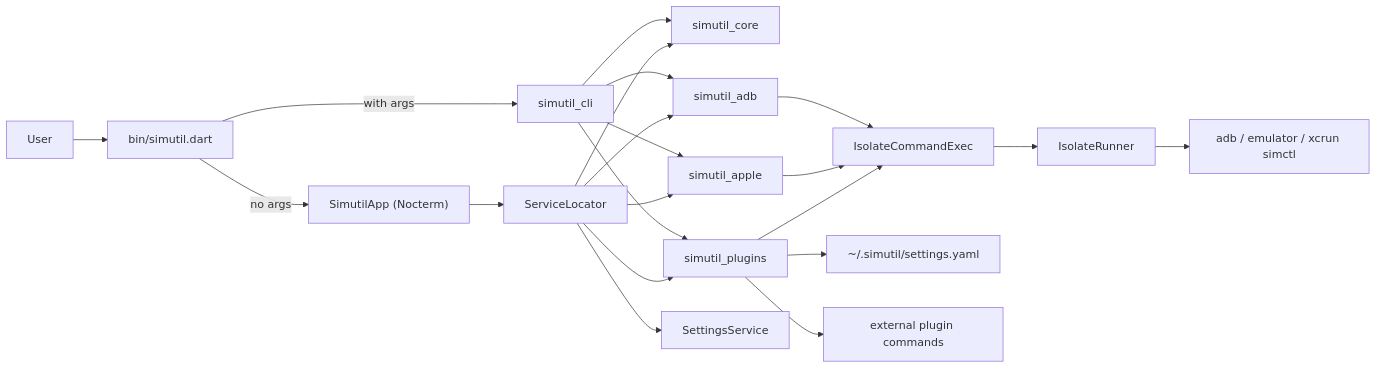
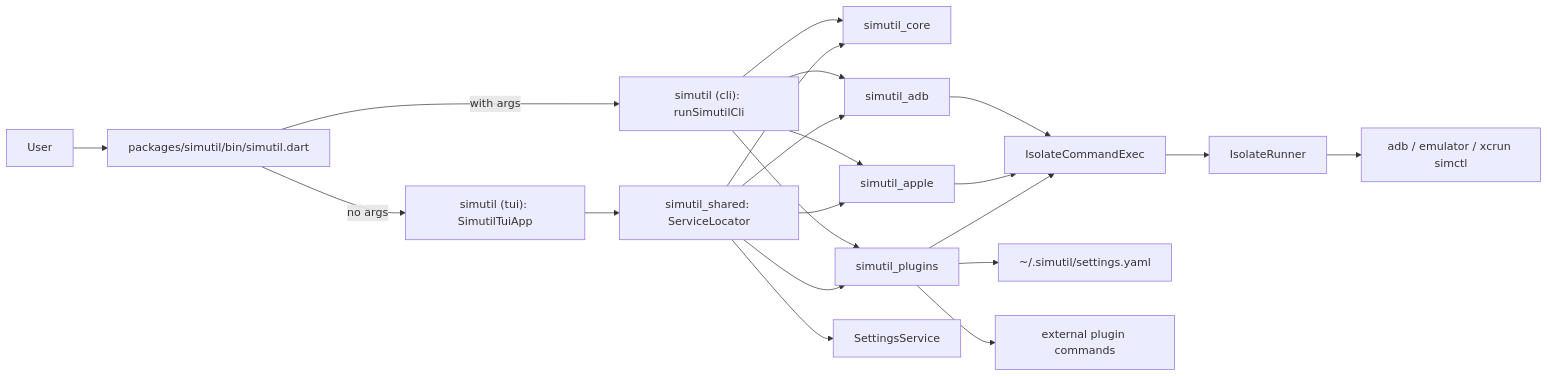
The diagram in docs/ai/architecture.md (dungngminh/simutil), drawn with Mermaid before and after one commit. The commit also changed other lines of this file and 187 other files, not shown here.

First line of the commit message:
refactor: restructure workspace into app + library packages

````diff
--- a/docs/ai/architecture.md
+++ b/docs/ai/architecture.md
@@ -52,23 +57,23 @@
 ```mermaid
 flowchart LR
-    User[User] --> Bin["bin/simutil.dart"]
-    Bin -->|"no args"| App["SimutilApp (Nocterm)"]
-    Bin -->|"with args"| CLI["simutil_cli"]
+    User[User] --> Bin["packages/simutil/bin/simutil.dart"]
+    Bin -->|"no args"| App["simutil (tui): SimutilTuiApp"]
+    Bin -->|"with args"| CLI["simutil (cli): runSimutilCli"]
     CLI --> Core
     CLI --> Adb
     CLI --> Apple
     CLI --> Plugins
-    App --> Locator["ServiceLocator"]
+    App --> Locator["simutil_shared: ServiceLocator"]
     Locator --> Core["simutil_core"]
     Locator --> Adb["simutil_adb"]
     Locator --> Apple["simutil_apple"]
     Locator --> Plugins["simutil_plugins"]
     Locator --> Settings["SettingsService"]
     Adb --> Exec["IsolateCommandExec"]
     Apple --> Exec
     Plugins --> Exec
     Exec --> Runner["IsolateRunner"]
     Runner --> Shell["adb / emulator / xcrun simctl"]
     Plugins --> SettingsYaml["~/.simutil/settings.yaml"]
     Plugins --> PluginShell["external plugin commands"]
 ```
````
